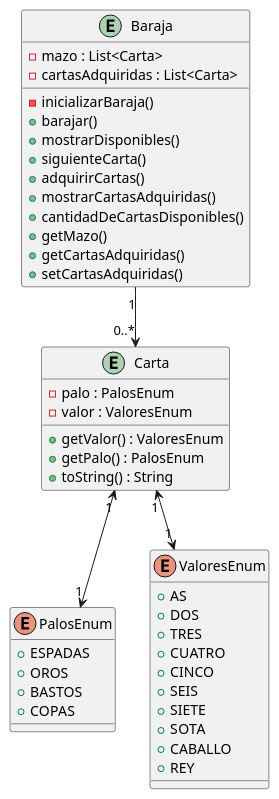
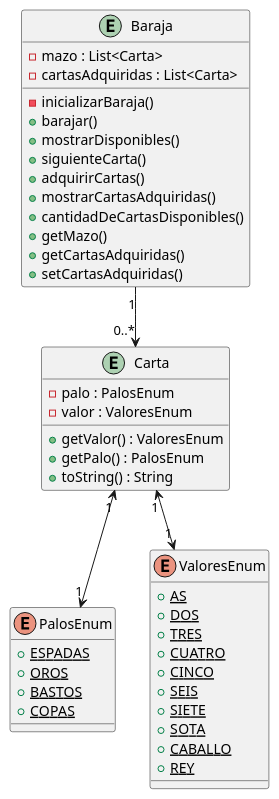
One commit to r0minaflorencia/Egg-Argentina-Programa-4.0 changed the diagram in BackEnd_2/10- Relaciones entre clases/03-cartas_espaniolas/juego_de_cartas/src/main/java/com/app/uml/diagrams.puml. Above: the diagram before and after it, drawn with PlantUML. The commit also changed 1 other file, not shown here.

Commit message:
update class diagram

```diff
--- a/BackEnd_2/10- Relaciones entre clases/03-cartas_espaniolas/juego_de_cartas/src/main/java/com/app/uml/diagrams.puml
+++ b/BackEnd_2/10- Relaciones entre clases/03-cartas_espaniolas/juego_de_cartas/src/main/java/com/app/uml/diagrams.puml
@@ -1,50 +1,50 @@
 @startuml juego_de_cartas
 
 entity Carta {
     - palo : PalosEnum
     - valor : ValoresEnum
     + getValor() : ValoresEnum
     + getPalo() : PalosEnum
     + toString() : String
 }
 
 entity Baraja {
     - mazo : List<Carta>
     - cartasAdquiridas : List<Carta>
     - inicializarBaraja()
     + barajar()
     + mostrarDisponibles()
     + siguienteCarta()
     + adquirirCartas()
     + mostrarCartasAdquiridas()
     + cantidadDeCartasDisponibles()
     + getMazo()
     + getCartasAdquiridas()
     + setCartasAdquiridas()
 }
 
 enum PalosEnum {
-    + ESPADAS
-    + OROS
-    + BASTOS
-    + COPAS
+    +  {static} ESPADAS 
+    +  {static} OROS 
+    +  {static} BASTOS 
+    +  {static} COPAS 
 }
 
 enum ValoresEnum {
-    + AS
-    + DOS
-    + TRES
-    + CUATRO
-    + CINCO
-    + SEIS
-    + SIETE
-    + SOTA
-    + CABALLO
-    + REY
+    +  {static} AS
+    +  {static} DOS
+    +  {static} TRES
+    +  {static} CUATRO
+    +  {static} CINCO
+    +  {static} SEIS
+    +  {static} SIETE
+    +  {static} SOTA
+    +  {static} CABALLO
+    +  {static} REY
 }
 
 Carta "1" <--> "1" PalosEnum
 Carta "1" <--> "1" ValoresEnum
 Baraja "1" --> "0..*" Carta
 
 @enduml
```
